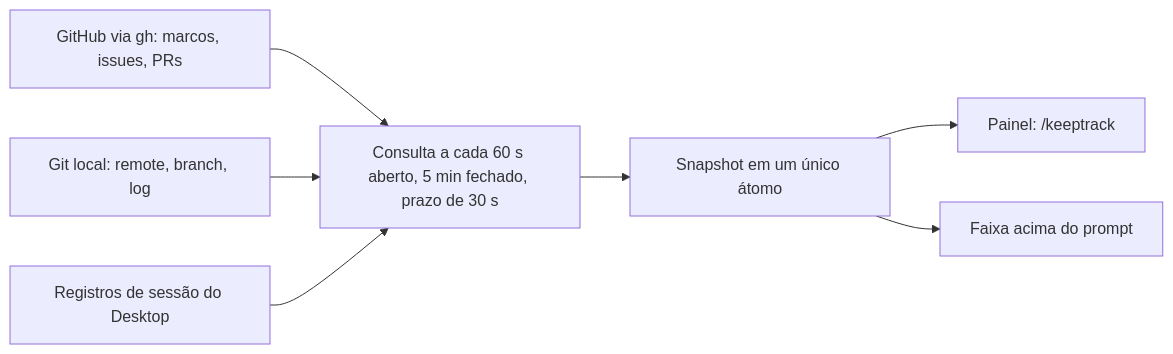
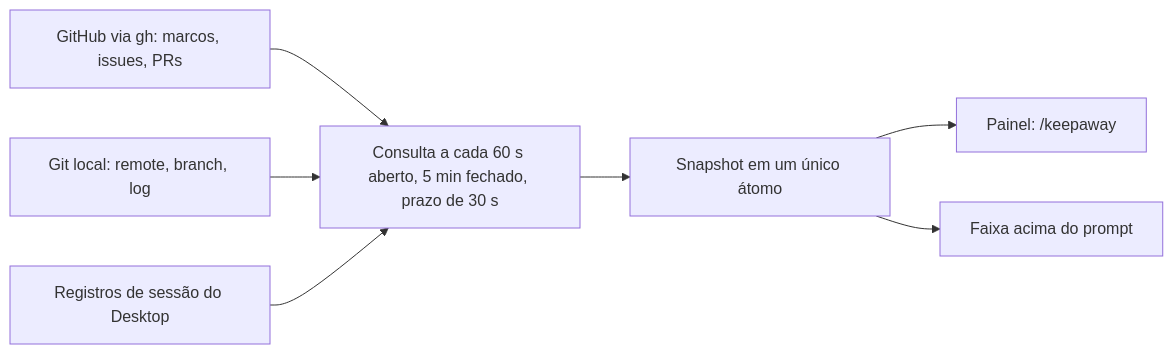
Before and after one commit to KeepGlide/keepaway-repo: the first of 2 diagrams in README.pt-BR.md, drawn with Mermaid. The commit also changed other lines of this file and 40 other files, not shown here.

````diff
--- a/README.pt-BR.md
+++ b/README.pt-BR.md
@@ -99,9 +99,9 @@
 ```mermaid
 flowchart LR
     GH[GitHub via gh: marcos, issues, PRs] --> POLL
     GIT[Git local: remote, branch, log] --> POLL
     REC[Registros de sessão do Desktop] --> POLL
     POLL[Consulta a cada 60 s aberto, 5 min fechado, prazo de 30 s] --> SNAP[Snapshot em um único átomo]
-    SNAP --> PANE[Painel: /keeptrack]
+    SNAP --> PANE[Painel: /keepaway]
     SNAP --> BAND[Faixa acima do prompt]
 ```
````
